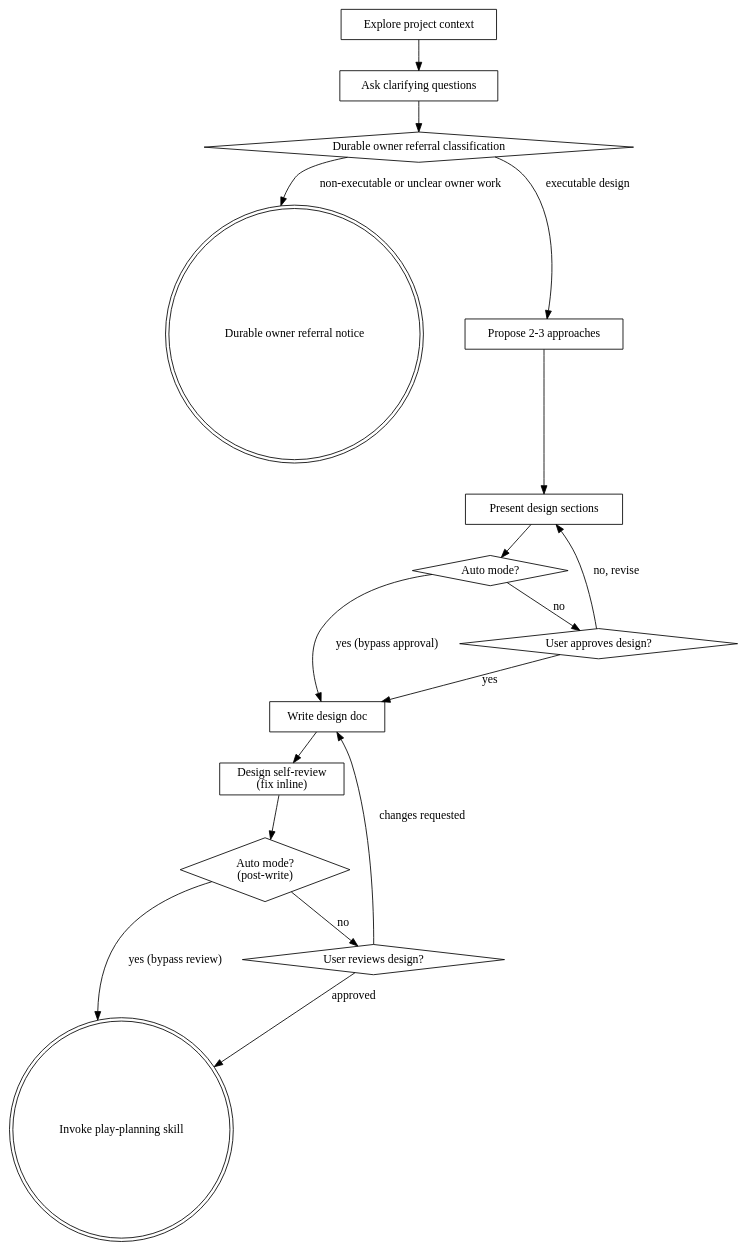
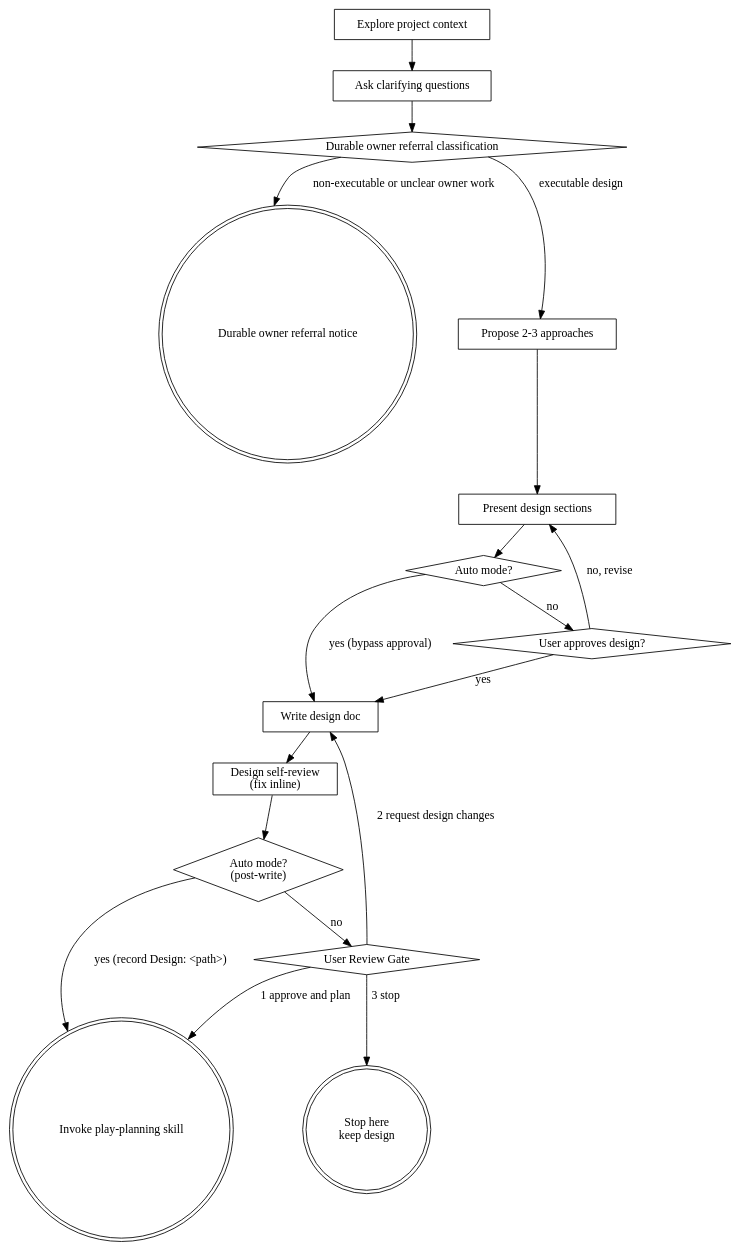
One commit to ryumiel/devcanon changed the diagram in skills/play-brainstorm/SKILL.md. Above: the diagram before and after it, drawn with Graphviz. The commit also changed other lines of this file and 6 other files, not shown here.

````diff
--- a/skills/play-brainstorm/SKILL.md
+++ b/skills/play-brainstorm/SKILL.md
@@ -188,34 +188,36 @@
 ```dot
 digraph brainstorming {
     "Explore project context" [shape=box];
     "Durable owner referral classification" [shape=diamond];
     "Durable owner referral notice" [shape=doublecircle];
     "Ask clarifying questions" [shape=box];
     "Propose 2-3 approaches" [shape=box];
     "Present design sections" [shape=box];
     "Auto mode?" [shape=diamond];
     "User approves design?" [shape=diamond];
     "Write design doc" [shape=box];
     "Design self-review\n(fix inline)" [shape=box];
     "Auto mode?\n(post-write)" [shape=diamond];
-    "User reviews design?" [shape=diamond];
+    "User Review Gate" [shape=diamond];
+    "Stop here\nkeep design" [shape=doublecircle];
     "Invoke play-planning skill" [shape=doublecircle];
 
     "Explore project context" -> "Ask clarifying questions";
     "Ask clarifying questions" -> "Durable owner referral classification";
     "Durable owner referral classification" -> "Durable owner referral notice" [label="non-executable or unclear owner work"];
     "Durable owner referral classification" -> "Propose 2-3 approaches" [label="executable design"];
     "Propose 2-3 approaches" -> "Present design sections";
     "Present design sections" -> "Auto mode?";
     "Auto mode?" -> "Write design doc" [label="yes (bypass approval)"];
     "Auto mode?" -> "User approves design?" [label="no"];
     "User approves design?" -> "Present design sections" [label="no, revise"];
     "User approves design?" -> "Write design doc" [label="yes"];
     "Write design doc" -> "Design self-review\n(fix inline)";
     "Design self-review\n(fix inline)" -> "Auto mode?\n(post-write)";
-    "Auto mode?\n(post-write)" -> "Invoke play-planning skill" [label="yes (bypass review)"];
-    "Auto mode?\n(post-write)" -> "User reviews design?" [label="no"];
-    "User reviews design?" -> "Write design doc" [label="changes requested"];
-    "User reviews design?" -> "Invoke play-planning skill" [label="approved"];
+    "Auto mode?\n(post-write)" -> "Invoke play-planning skill" [label="yes (record Design: <path>)"];
+    "Auto mode?\n(post-write)" -> "User Review Gate" [label="no"];
+    "User Review Gate" -> "Invoke play-planning skill" [label="1 approve and plan"];
+    "User Review Gate" -> "Write design doc" [label="2 request design changes"];
+    "User Review Gate" -> "Stop here\nkeep design" [label="3 stop"];
 }
 ```
````
